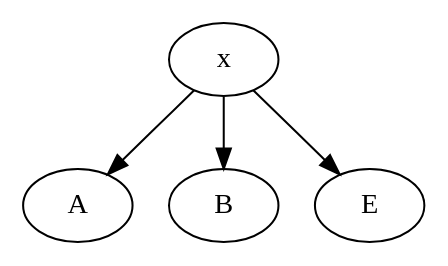
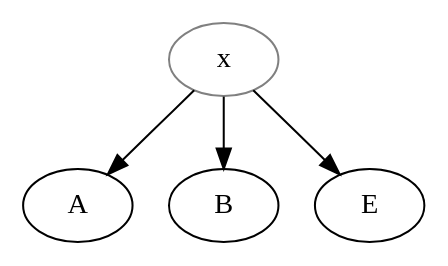
The diagram in data/frm/Trisolini_1974_VoyageDeGenes/stemma.gv (OpenStemmata/database), drawn with Graphviz before and after one commit. The commit also changed 1 other file, not shown here.

```diff
--- a/data/frm/Trisolini_1974_VoyageDeGenes/stemma.gv
+++ b/data/frm/Trisolini_1974_VoyageDeGenes/stemma.gv
@@ -1,7 +1,9 @@
 digraph {
+
+    x[color="grey"];
 
     x -> A;
     x -> B;
     x -> E
 
 }
```
